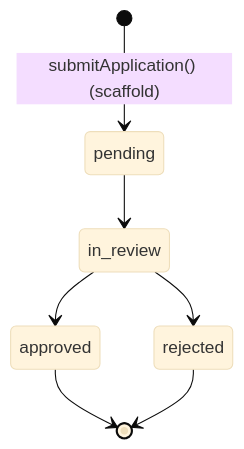
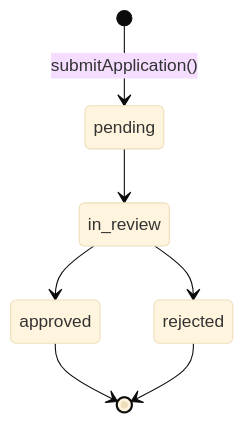
One commit to theforge-x/mojo changed the second of 11 diagrams in docs/uml/04-behavioral.md. Above: the diagram before and after it, drawn with Mermaid (base theme). The commit also changed other lines of this file and 87 other files, not shown here.

First line of the commit message:
feat: full-depth modules, enforced clean-architecture boundaries, vitest aliases

````diff
--- a/docs/uml/04-behavioral.md
+++ b/docs/uml/04-behavioral.md
@@ -44,9 +44,9 @@
 ```mermaid
 stateDiagram-v2
-    [*] --> pending : submitApplication() (scaffold)
+    [*] --> pending : submitApplication()
     pending --> in_review
     in_review --> approved
     in_review --> rejected
     approved --> [*]
     rejected --> [*]
 ```
````
